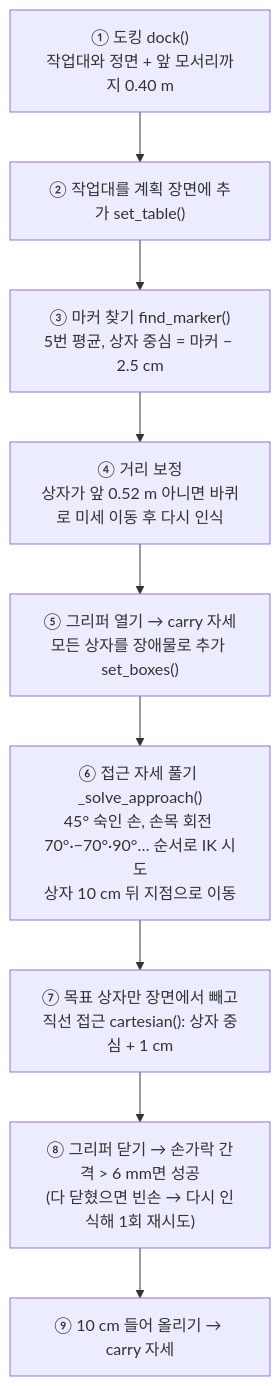
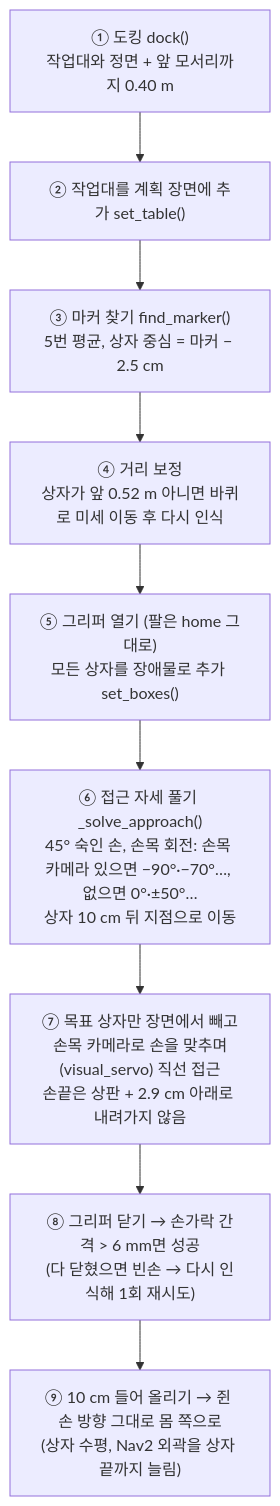
One commit to aha645/openarms_llm_ex changed the diagram in doc/wheel/day2-02-aruco-pick-place.md. Above: the diagram before and after it, drawn with Mermaid. The commit also changed other lines of this file and 24 other files, not shown here.

Commit message:
바퀴형 손목 카메라와 추적하며 잡기: 카메라 서버를 공통 패키지로(TRON1 과 같은 코드), 바퀴형 모델에 손목 카메라·브래킷, 쥔 손 방향 그대로 들고 내려놓기(상자 수평), 들고 있는 동안 Nav2 외곽 늘림

````diff
--- a/doc/wheel/day2-02-aruco-pick-place.md
+++ b/doc/wheel/day2-02-aruco-pick-place.md
@@ -47,11 +49,11 @@
 ```mermaid
 flowchart TB
   A["① 도킹 dock()<br/>작업대와 정면 + 앞 모서리까지 0.40 m"] --> B["② 작업대를 계획 장면에 추가 set_table()"]
   B --> C["③ 마커 찾기 find_marker()<br/>5번 평균, 상자 중심 = 마커 − 2.5 cm"]
   C --> D["④ 거리 보정<br/>상자가 앞 0.52 m 아니면 바퀴로 미세 이동 후 다시 인식"]
-  D --> E["⑤ 그리퍼 열기 → carry 자세<br/>모든 상자를 장애물로 추가 set_boxes()"]
-  E --> F["⑥ 접근 자세 풀기 _solve_approach()<br/>45° 숙인 손, 손목 회전 70°·−70°·90°… 순서로 IK 시도<br/>상자 10 cm 뒤 지점으로 이동"]
-  F --> G["⑦ 목표 상자만 장면에서 빼고<br/>직선 접근 cartesian(): 상자 중심 + 1 cm"]
+  D --> E["⑤ 그리퍼 열기 (팔은 home 그대로)<br/>모든 상자를 장애물로 추가 set_boxes()"]
+  E --> F["⑥ 접근 자세 풀기 _solve_approach()<br/>45° 숙인 손, 손목 회전: 손목 카메라 있으면 −90°·−70°…, 없으면 0°·±50°…<br/>상자 10 cm 뒤 지점으로 이동"]
+  F --> G["⑦ 목표 상자만 장면에서 빼고<br/>손목 카메라로 손을 맞추며(visual_servo) 직선 접근<br/>손끝은 상판 + 2.9 cm 아래로 내려가지 않음"]
   G --> H["⑧ 그리퍼 닫기 → 손가락 간격 > 6 mm면 성공<br/>(다 닫혔으면 빈손 → 다시 인식해 1회 재시도)"]
-  H --> I["⑨ 10 cm 들어 올리기 → carry 자세"]
+  H --> I["⑨ 10 cm 들어 올리기 → 쥔 손 방향 그대로 몸 쪽으로<br/>(상자 수평, Nav2 외곽을 상자 끝까지 늘림)"]
 ```
````
